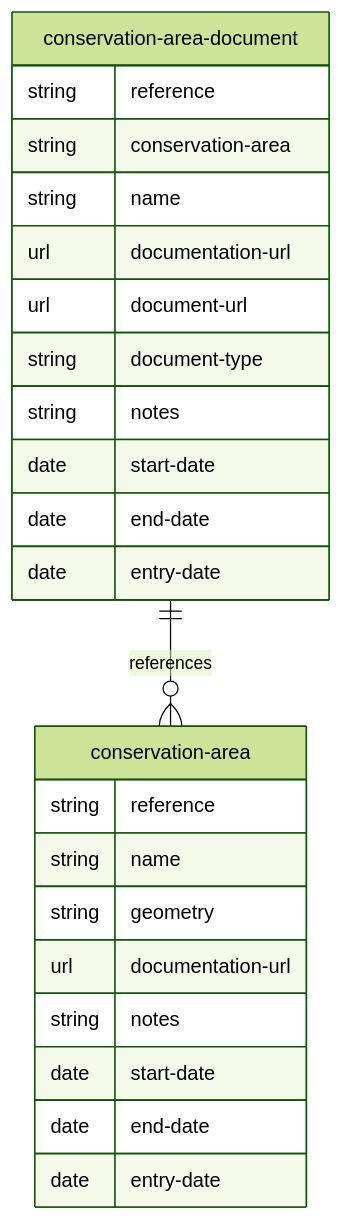
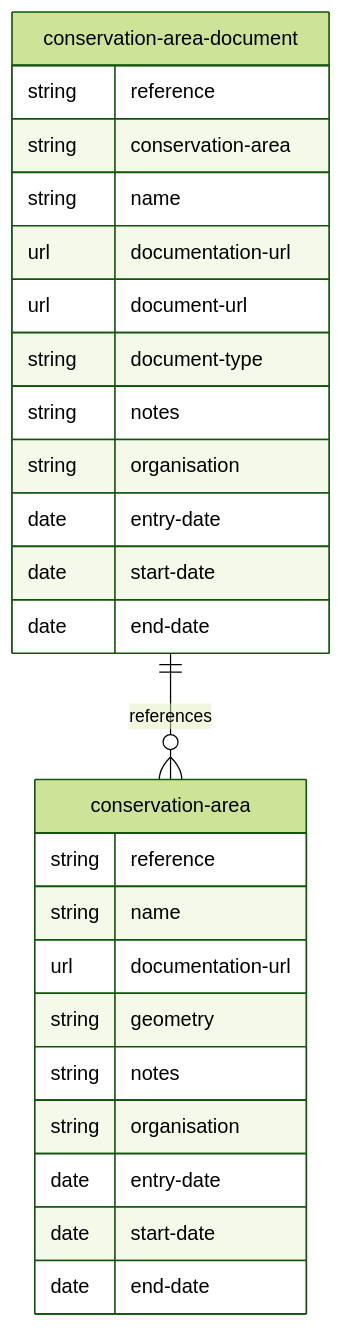
One commit to digital-land/specification changed the diagram in mermaid/conservation-area.md. Above: the diagram before and after it, drawn with Mermaid (forest theme). The commit also changed 14 other files, not shown here.

````diff
--- a/mermaid/conservation-area.md
+++ b/mermaid/conservation-area.md
@@ -4,26 +4,28 @@
 ```mermaid
 erDiagram
     conservation-area {
         string reference
         string name
+        url documentation-url
         string geometry
-        url documentation-url
         string notes
+        string organisation
+        date entry-date
         date start-date
         date end-date
-        date entry-date
     }
     conservation-area-document {
         string reference
         string conservation-area
         string name
         url documentation-url
         url document-url
         string document-type
         string notes
+        string organisation
+        date entry-date
         date start-date
         date end-date
-        date entry-date
     }
     conservation-area-document ||--o{ conservation-area : references
 ```
````
